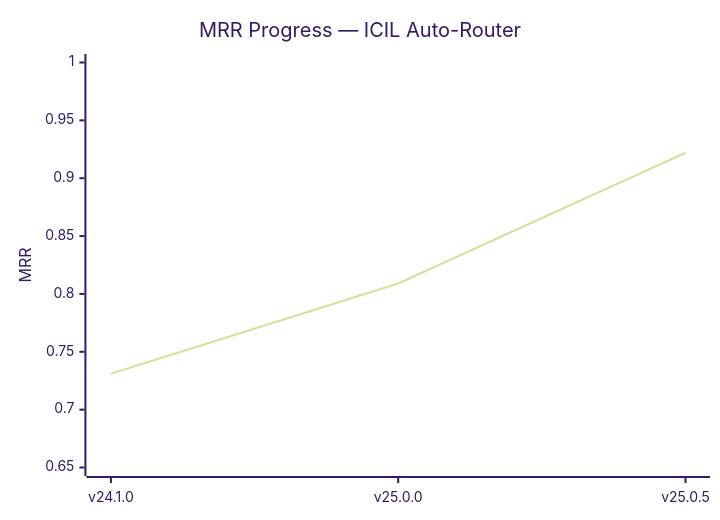
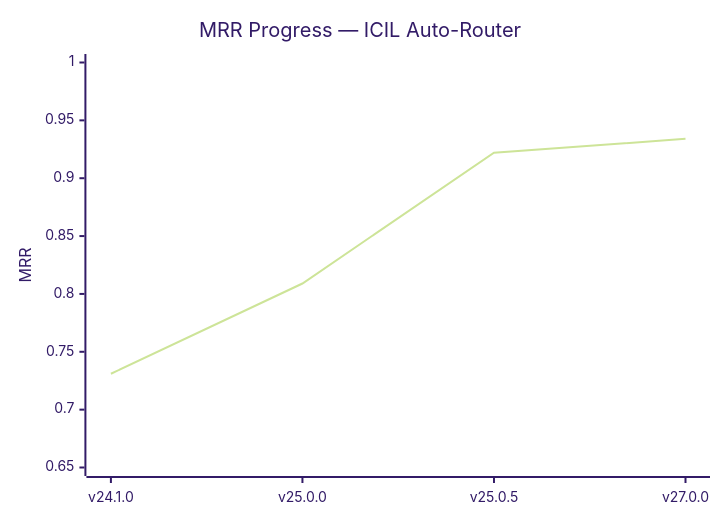
The second of 2 diagrams in README.md (kandarlubis31/ICIL), drawn with Mermaid (forest theme) before and after one commit. The commit also changed other lines of this file and 20 other files, not shown here.

````diff
--- a/README.md
+++ b/README.md
@@ -61,7 +76,7 @@
 ```mermaid
 xychart-beta
   title "MRR Progress — ICIL Auto-Router"
-  x-axis ["v24.1.0", "v25.0.0", "v25.0.5"]
+  x-axis ["v24.1.0", "v25.0.0", "v25.0.5", "v27.0.0"]
   y-axis "MRR" 0.65 --> 1.0
-  line [0.731, 0.809, 0.922]
+  line [0.731, 0.809, 0.922, 0.934]
 ```
````
